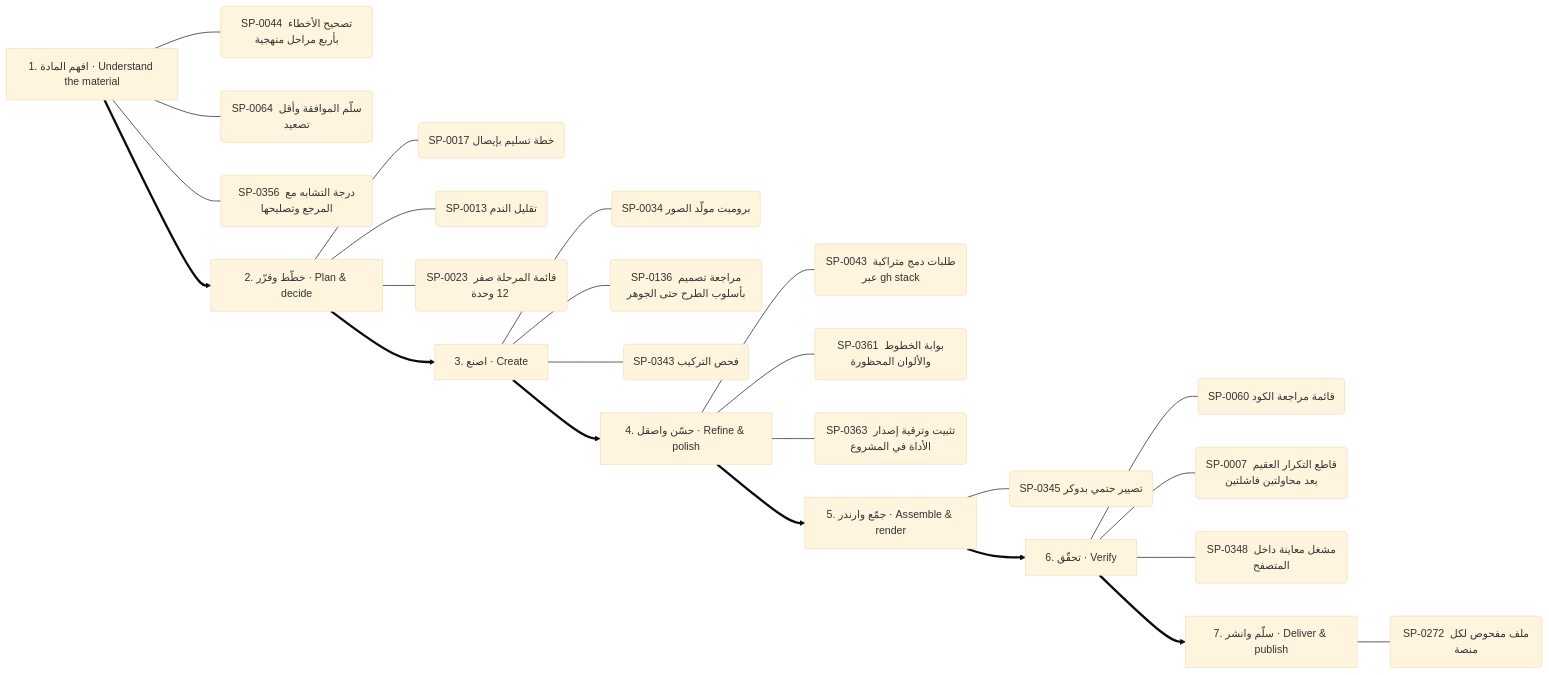
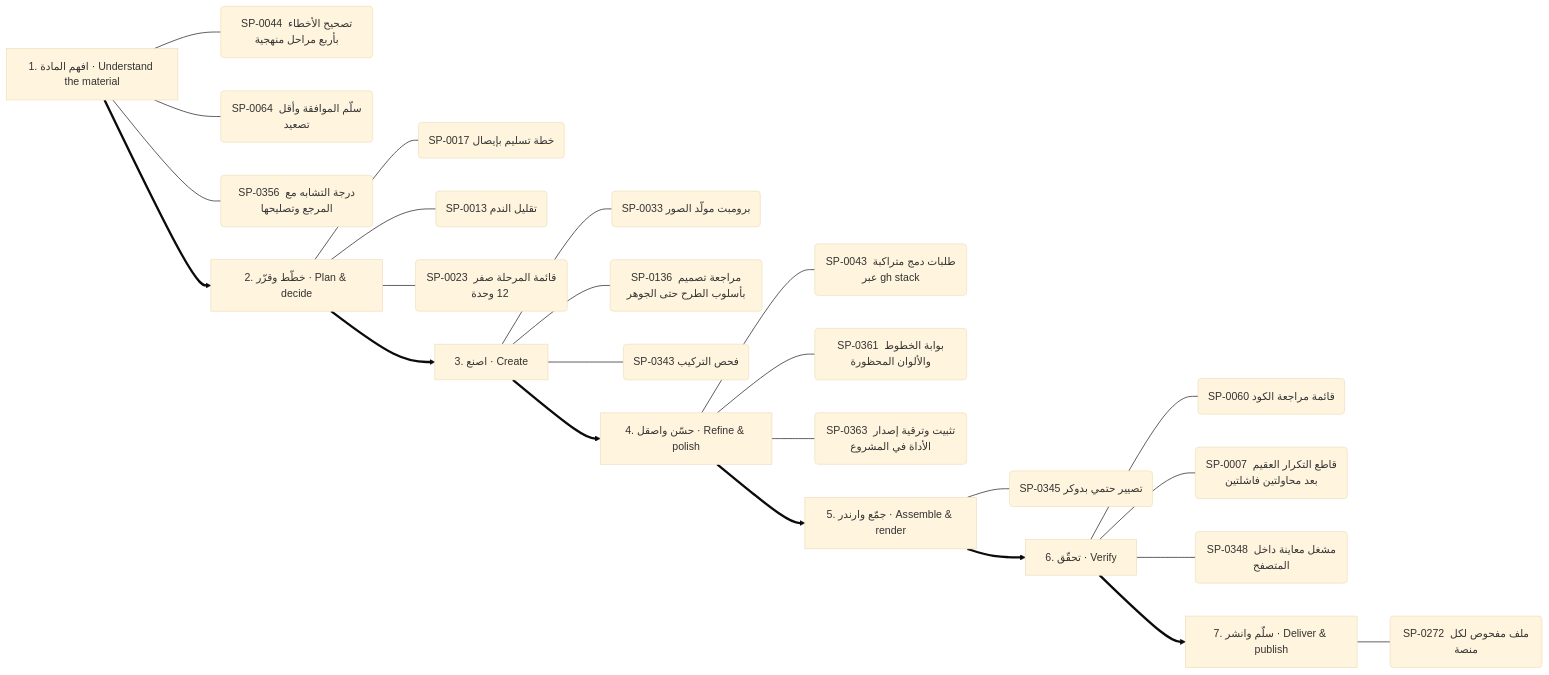
One commit to kosif199022-jpg/kosif-tool changed the tenth of 13 diagrams in .claude/skills/kosif-superpowers/references/capability-mindmap.md. Above: the diagram before and after it, drawn with Mermaid (base theme). The commit also changed other lines of this file and 50 other files, not shown here.

````diff
--- a/.claude/skills/kosif-superpowers/references/capability-mindmap.md
+++ b/.claude/skills/kosif-superpowers/references/capability-mindmap.md
@@ -500,33 +499,33 @@
 ```mermaid
 flowchart LR
   S0["1. افهم المادة · Understand the material"]
   S0 --- S0_0("SP-0044 تصحيح الأخطاء بأربع مراحل منهجية")
   S0 --- S0_1("SP-0064 سلّم الموافقة وأقل تصعيد")
   S0 --- S0_2("SP-0356 درجة التشابه مع المرجع وتصليحها")
   S1["2. خطّط وقرّر · Plan & decide"]
   S1 --- S1_0("SP-0017 خطة تسليم بإيصال")
   S1 --- S1_1("SP-0013 تقليل الندم")
   S1 --- S1_2("SP-0023 قائمة المرحلة صفر  12 وحدة ")
   S0 ==> S1
   S2["3. اصنع · Create"]
-  S2 --- S2_0("SP-0034 برومبت مولّد الصور")
+  S2 --- S2_0("SP-0033 برومبت مولّد الصور")
   S2 --- S2_1("SP-0136 مراجعة تصميم بأسلوب الطرح حتى الجوهر")
   S2 --- S2_2("SP-0343 فحص التركيب")
   S1 ==> S2
   S3["4. حسّن واصقل · Refine & polish"]
   S3 --- S3_0("SP-0043 طلبات دمج متراكبة عبر gh stack")
   S3 --- S3_1("SP-0361 بوابة الخطوط والألوان المحظورة")
   S3 --- S3_2("SP-0363 تثبيت وترقية إصدار الأداة في المشروع")
   S2 ==> S3
   S4["5. جمّع وارندر · Assemble & render"]
   S4 --- S4_0("SP-0345 تصيير حتمي بدوكر")
   S3 ==> S4
   S5["6. تحقّق · Verify"]
   S5 --- S5_0("SP-0060 قائمة مراجعة الكود")
   S5 --- S5_1("SP-0007 قاطع التكرار العقيم بعد محاولتين فاشلتين")
   S5 --- S5_2("SP-0348 مشغل معاينة داخل المتصفح")
   S4 ==> S5
   S6["7. سلّم وانشر · Deliver & publish"]
   S6 --- S6_0("SP-0272 ملف مفحوص لكل منصة")
   S5 ==> S6
 ```
````
